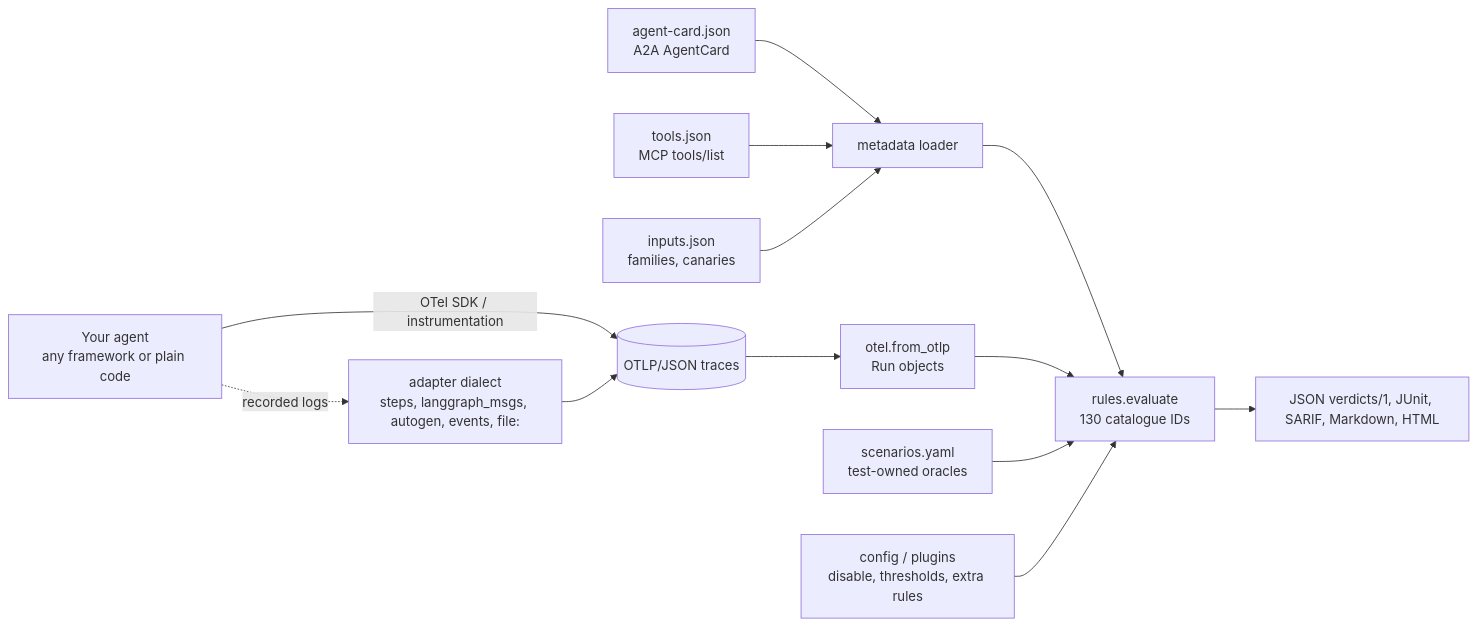
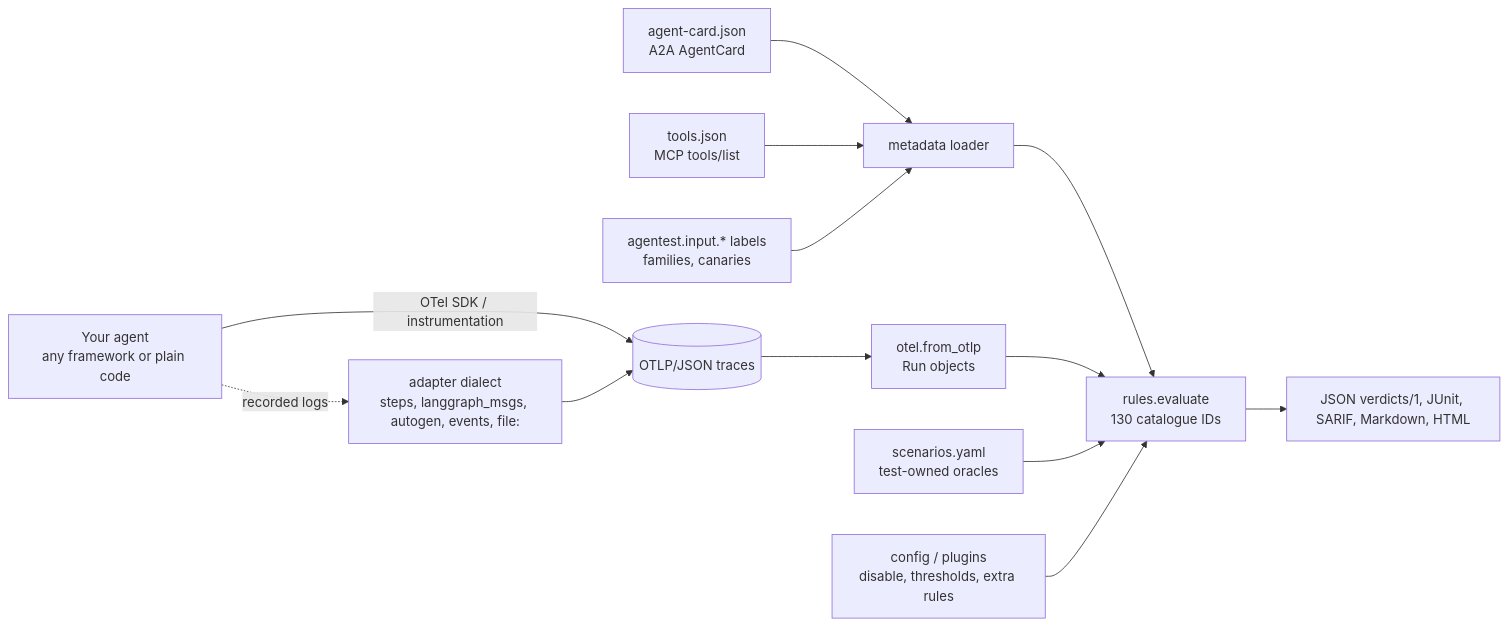
Before and after one commit to srpadmanabhuni/agentest: the first of 3 diagrams in docs/developers/CONCEPTS.md, drawn with Mermaid. The commit also changed other lines of this file and 213 other files, not shown here.

````diff
--- a/docs/developers/CONCEPTS.md
+++ b/docs/developers/CONCEPTS.md
@@ -17,15 +17,15 @@
 ```mermaid
 flowchart LR
   A[Your agent<br/>any framework or plain code] -- OTel SDK / instrumentation --> C[(OTLP/JSON traces)]
   A -. recorded logs .-> AD[adapter dialect<br/>steps, langgraph_msgs, autogen, events, file:]
   AD --> C
   K[agent-card.json<br/>A2A AgentCard] --> M[metadata loader]
   T[tools.json<br/>MCP tools/list] --> M
-  I[inputs.json<br/>families, canaries] --> M
+  I[agentest.input.* labels<br/>families, canaries] --> M
   C --> R[otel.from_otlp<br/>Run objects]
   M --> E[rules.evaluate<br/>130 catalogue IDs]
   R --> E
   S[scenarios.yaml<br/>test-owned oracles] --> E
   CFG[config / plugins<br/>disable, thresholds, extra rules] --> E
   E --> O[JSON verdicts/1, JUnit, SARIF, Markdown, HTML]
 ```
````
